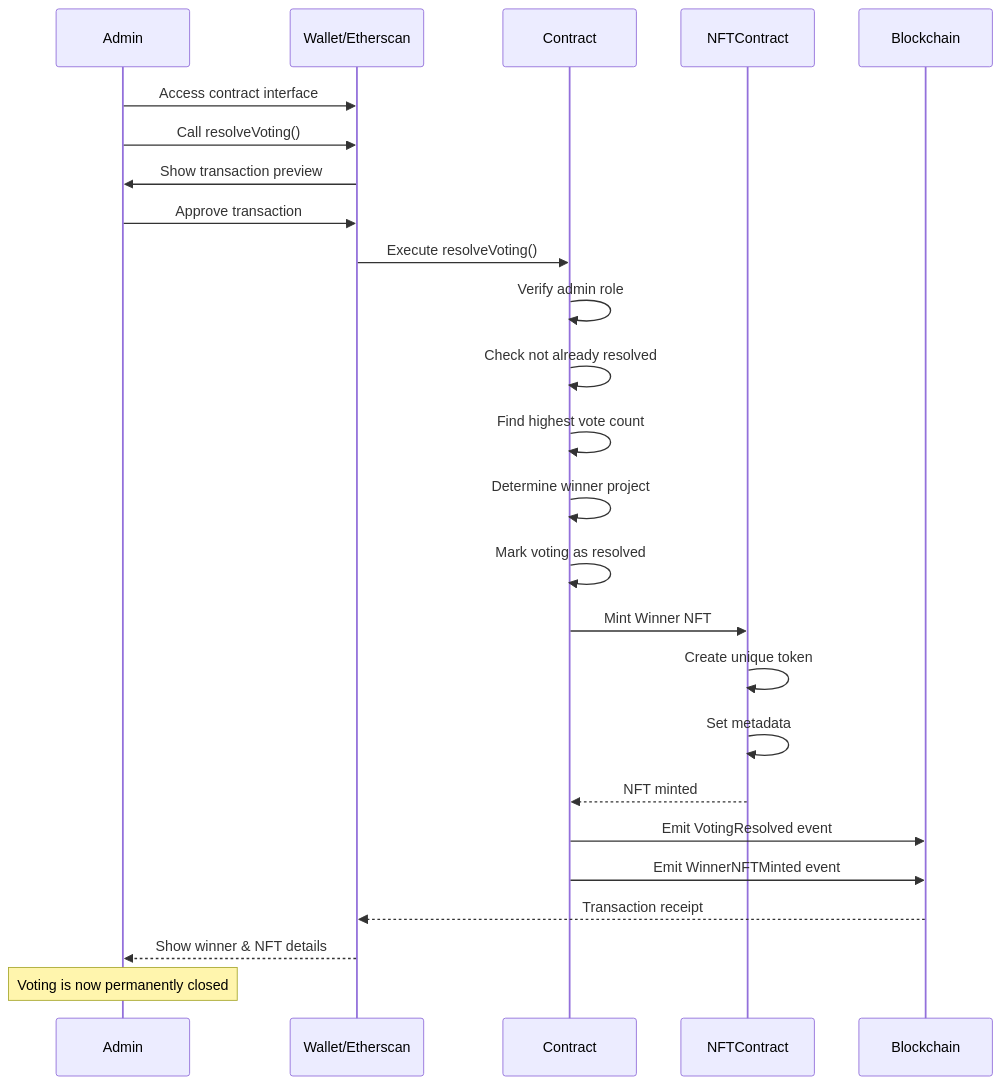
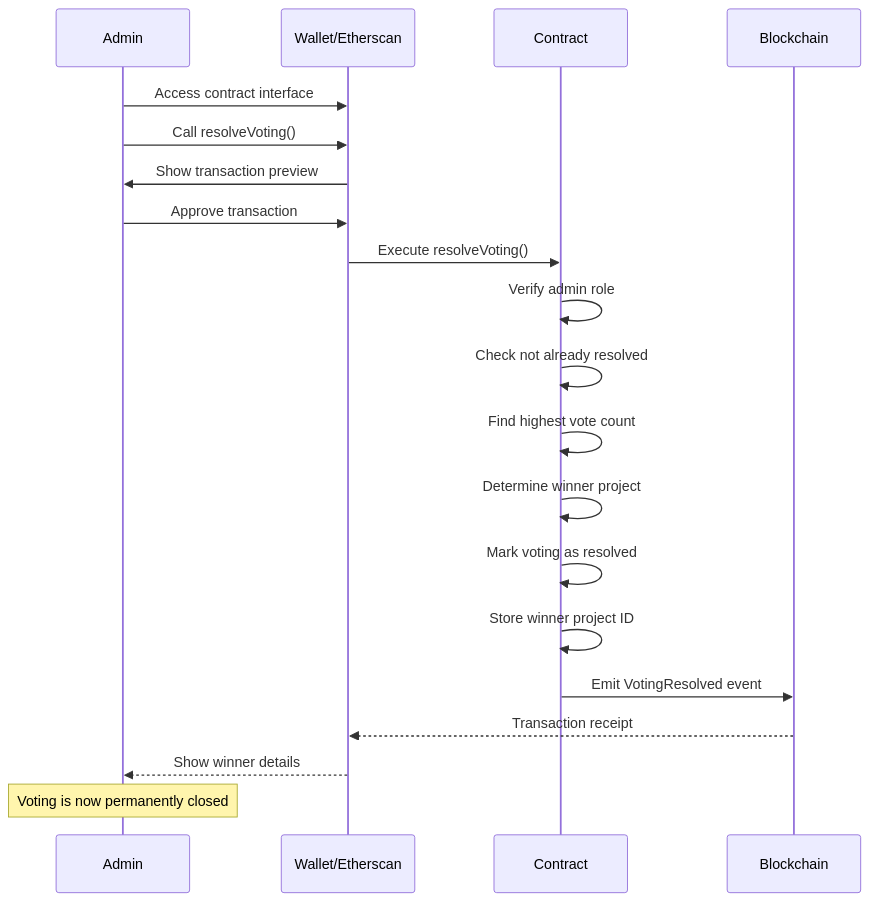
One commit to communetxyz/Hackatsuon changed the fourth of 5 diagrams in SMART_CONTRACT_SPEC.md. Above: the diagram before and after it, drawn with Mermaid. The commit also changed other lines of this file, not shown here.

First line of the commit message:
Refactor smart contract spec: remove NFT feature and simplify flows

````diff
--- a/SMART_CONTRACT_SPEC.md
+++ b/SMART_CONTRACT_SPEC.md
@@ -279,29 +253,24 @@
 ```mermaid
 sequenceDiagram
     participant Admin
     participant Wallet/Etherscan
     participant Contract
-    participant NFTContract
     participant Blockchain
-    
+
     Admin->>Wallet/Etherscan: Access contract interface
     Admin->>Wallet/Etherscan: Call resolveVoting()
     Wallet/Etherscan->>Admin: Show transaction preview
     Admin->>Wallet/Etherscan: Approve transaction
     Wallet/Etherscan->>Contract: Execute resolveVoting()
     Contract->>Contract: Verify admin role
     Contract->>Contract: Check not already resolved
     Contract->>Contract: Find highest vote count
     Contract->>Contract: Determine winner project
     Contract->>Contract: Mark voting as resolved
-    Contract->>NFTContract: Mint Winner NFT
-    NFTContract->>NFTContract: Create unique token
-    NFTContract->>NFTContract: Set metadata
-    NFTContract-->>Contract: NFT minted
+    Contract->>Contract: Store winner project ID
     Contract->>Blockchain: Emit VotingResolved event
-    Contract->>Blockchain: Emit WinnerNFTMinted event
     Blockchain-->>Wallet/Etherscan: Transaction receipt
-    Wallet/Etherscan-->>Admin: Show winner & NFT details
-    
+    Wallet/Etherscan-->>Admin: Show winner details
+
     Note over Admin: Voting is now permanently closed
 ```
````
